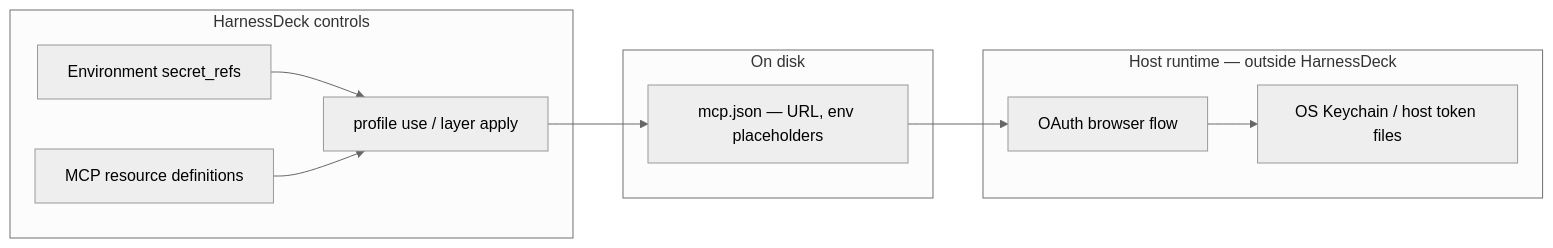
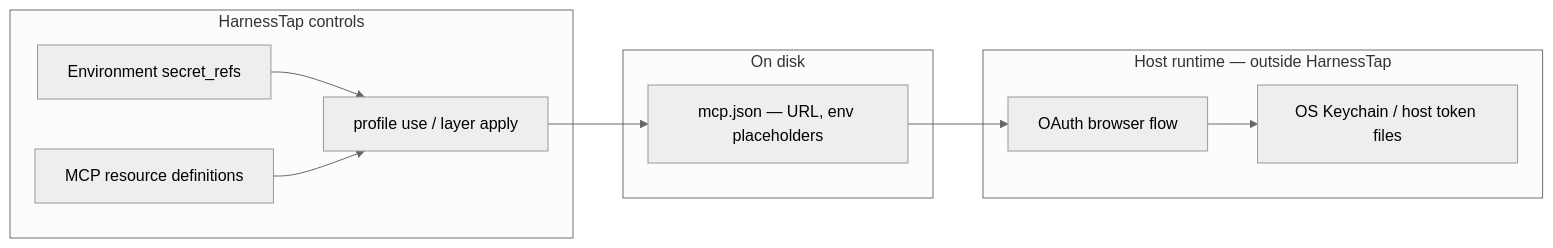
Before and after one commit to harnesstap/harnesstap: the diagram in docs/cli/concepts/environments.md, drawn with Mermaid (neutral theme). The commit also changed other lines of this file and 56 other files, not shown here.

Commit message:
docs: rebrand CLI documentation to HarnessTap

````diff
--- a/docs/cli/concepts/environments.md
+++ b/docs/cli/concepts/environments.md
@@ -118,23 +118,23 @@
 ```mermaid
 flowchart LR
-  subgraph HD[HarnessDeck controls]
+  subgraph HD[HarnessTap controls]
     Env[Environment secret_refs]
     McpDef[MCP resource definitions]
     Apply[profile use / layer apply]
   end
 
   subgraph Disk[On disk]
     McpJson[mcp.json — URL, env placeholders]
   end
 
-  subgraph Host[Host runtime — outside HarnessDeck]
+  subgraph Host[Host runtime — outside HarnessTap]
     OAuth[OAuth browser flow]
     Store[OS Keychain / host token files]
   end
 
   Env --> Apply
   McpDef --> Apply
   Apply --> McpJson
   McpJson --> OAuth
   OAuth --> Store
 ```
````
